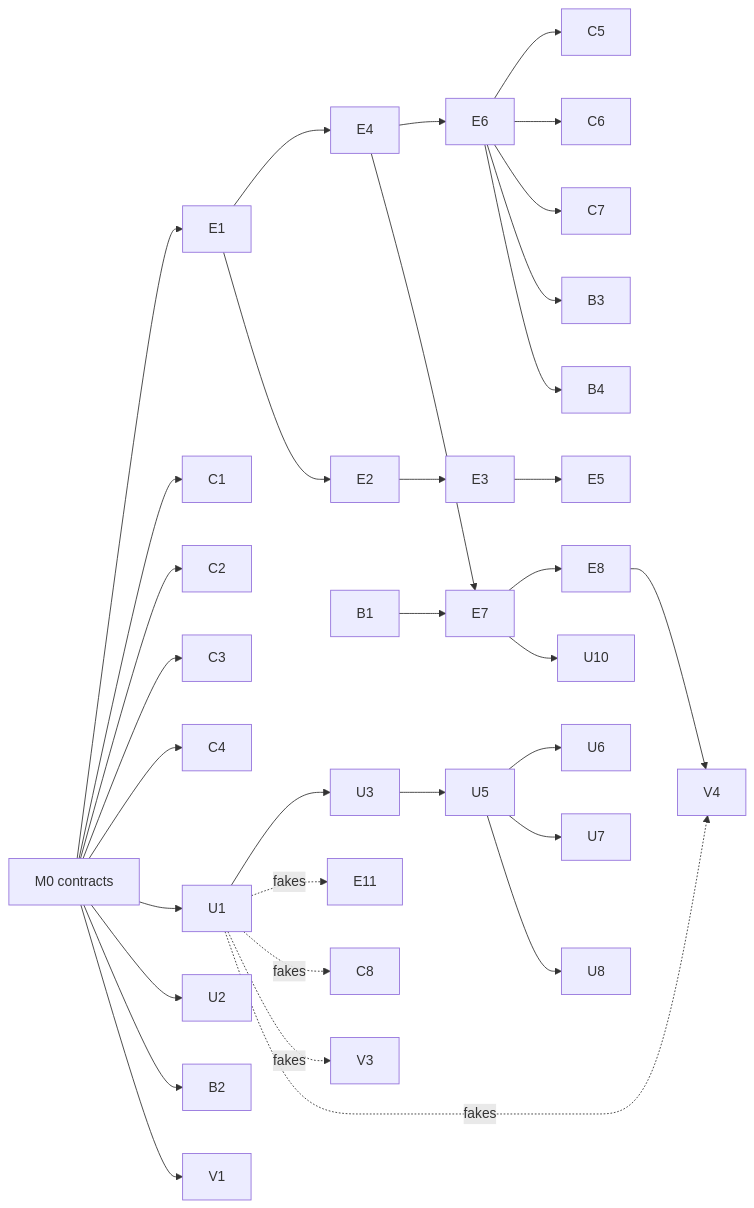
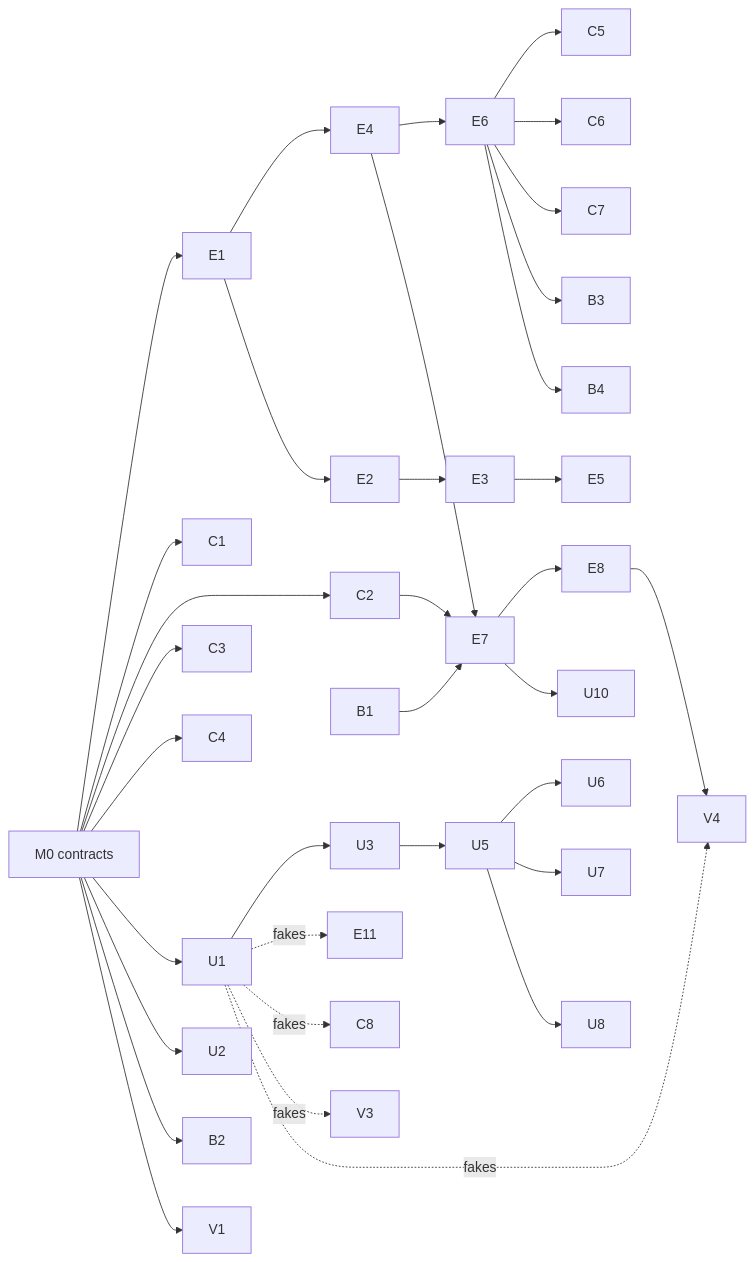
The diagram in ROADMAP.md (Seleis36/king-of-xitter), drawn with Mermaid before and after one commit. The commit also changed other lines of this file and 2 other files, not shown here.

````diff
--- a/ROADMAP.md
+++ b/ROADMAP.md
@@ -332,12 +332,13 @@
 ```mermaid
 flowchart LR
   M0[M0 contracts] --> E1 --> E4 --> E6
   E1 --> E2 --> E3 --> E5
   E4 --> E7 --> E8 --> V4
+  C2 --> E7
   E6 --> C5 & C6 & C7 & B3 & B4
   B1 --> E7
   E7 --> U10
   M0 --> C1 & C2 & C3 & C4 & U1 & U2 & B2 & V1
   U1 --> U3 --> U5 --> U6 & U7 & U8
   U1 -. fakes .-> E11 & C8 & V3 & V4
 ```
````
